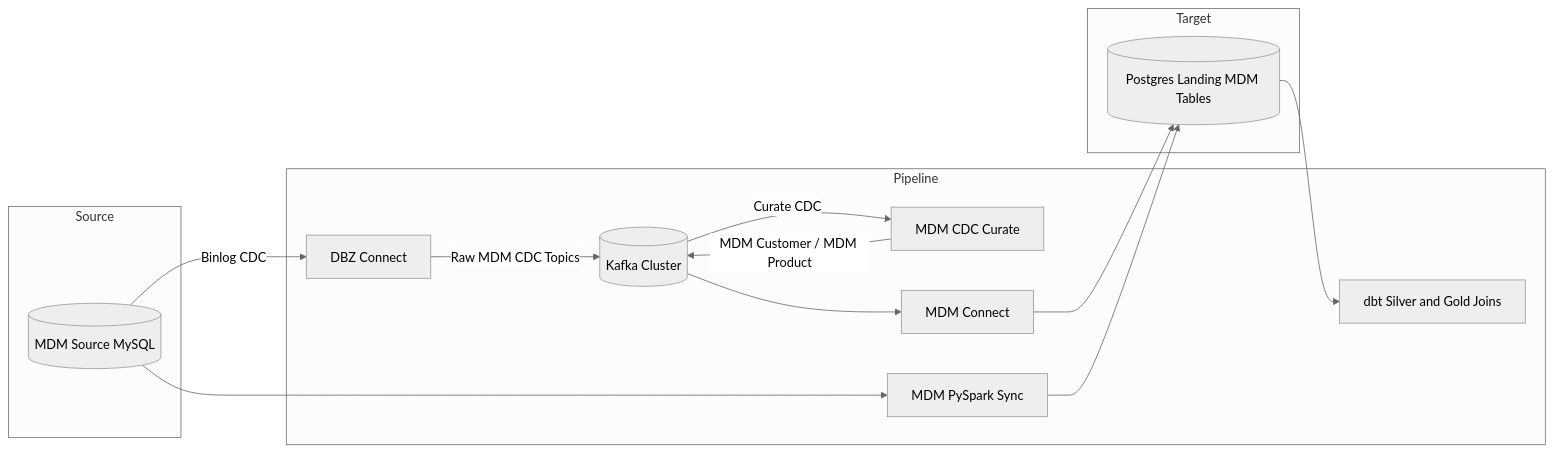
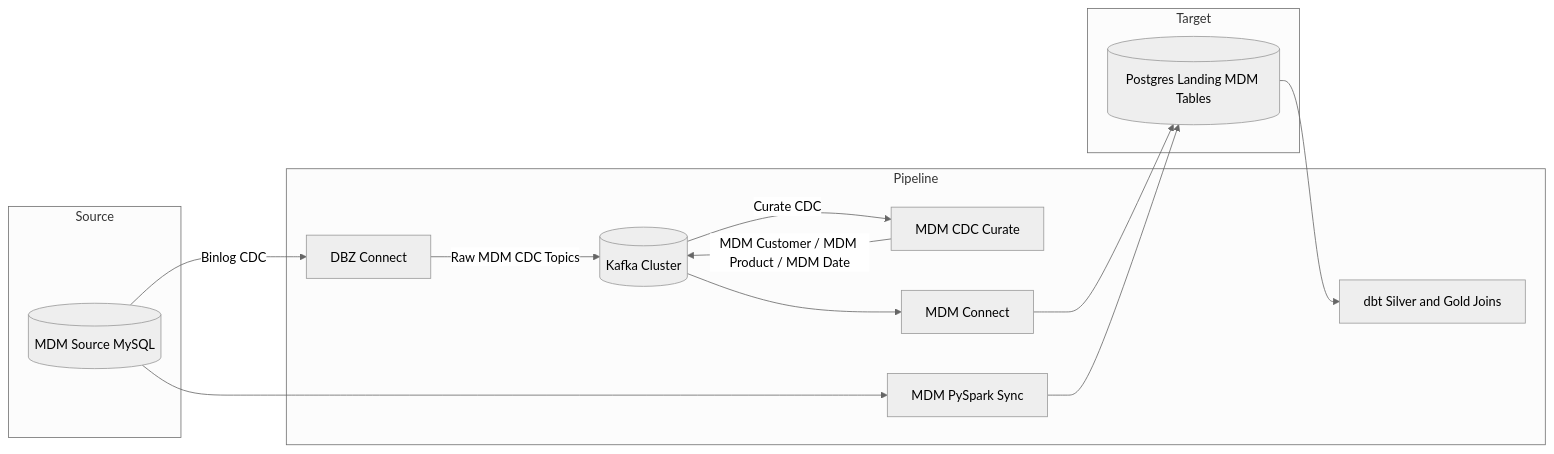
One commit to paulchen8206/Full-Stack-Modern-Data-Architecture-and-Engineering changed the fourth of 9 diagrams in docs/architecture.md. Above: the diagram before and after it, drawn with Mermaid (neutral theme). The commit also changed other lines of this file and 61 other files, not shown here.

````diff
--- a/docs/architecture.md
+++ b/docs/architecture.md
@@ -489,29 +489,29 @@
 ```mermaid
 flowchart LR
   subgraph S2[Source]
     M[(MDM Source MySQL)]
   end
 
   subgraph P2[Pipeline]
     DBZ[DBZ Connect]
     K[(Kafka Cluster)]
     MCP[MDM CDC Curate]
     MDMK[MDM Connect]
     SP[MDM PySpark Sync]
     DBT[dbt Silver and Gold Joins]
   end
 
   subgraph T2[Target]
     PG[(Postgres Landing MDM Tables)]
   end
 
   M -->|Binlog CDC| DBZ
   DBZ -->|Raw MDM CDC Topics| K
   K -->|Curate CDC| MCP
-  MCP -->|MDM Customer / MDM Product| K
+  MCP -->|MDM Customer / MDM Product / MDM Date| K
   K --> MDMK
   MDMK --> PG
   M --> SP
   SP --> PG
   PG --> DBT
 ```
````
